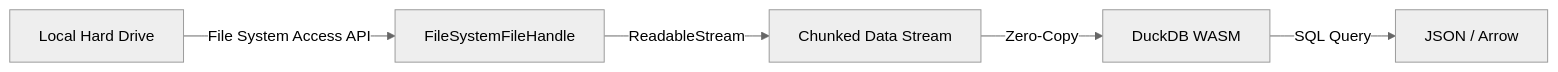
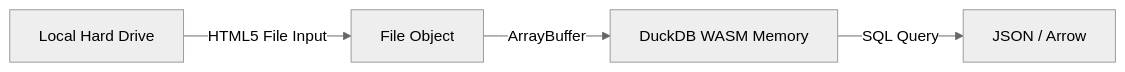
One commit to KrushnaVardhanReddy/LocalMind changed the diagram in docs/specs/phase-1/02_query_engine_spec.md. Above: the diagram before and after it, drawn with Mermaid (neutral theme). The commit also changed other lines of this file and 6 other files, not shown here.

Commit message:
fix(core): resolve SharedArrayBuffer, file picker, and dashboard navigation issues

````diff
--- a/docs/specs/phase-1/02_query_engine_spec.md
+++ b/docs/specs/phase-1/02_query_engine_spec.md
@@ -8,7 +8,6 @@
 ```mermaid
 graph LR
-    Disk[Local Hard Drive] --> |File System Access API| Handle[FileSystemFileHandle]
-    Handle --> |ReadableStream| Stream[Chunked Data Stream]
-    Stream --> |Zero-Copy| DuckDB[DuckDB WASM]
+    Disk[Local Hard Drive] --> |HTML5 File Input| File[File Object]
+    File --> |ArrayBuffer| DuckDB[DuckDB WASM Memory]
     DuckDB --> |SQL Query| Results[JSON / Arrow]
 ```
````
